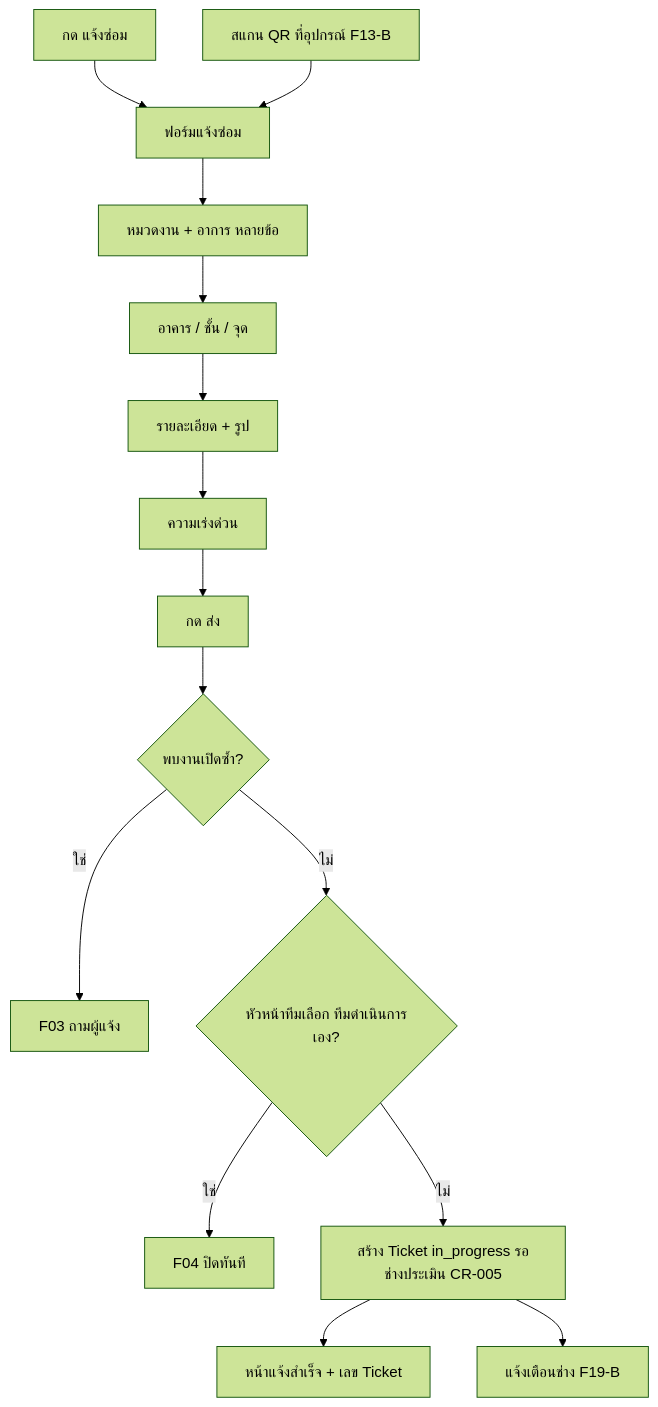
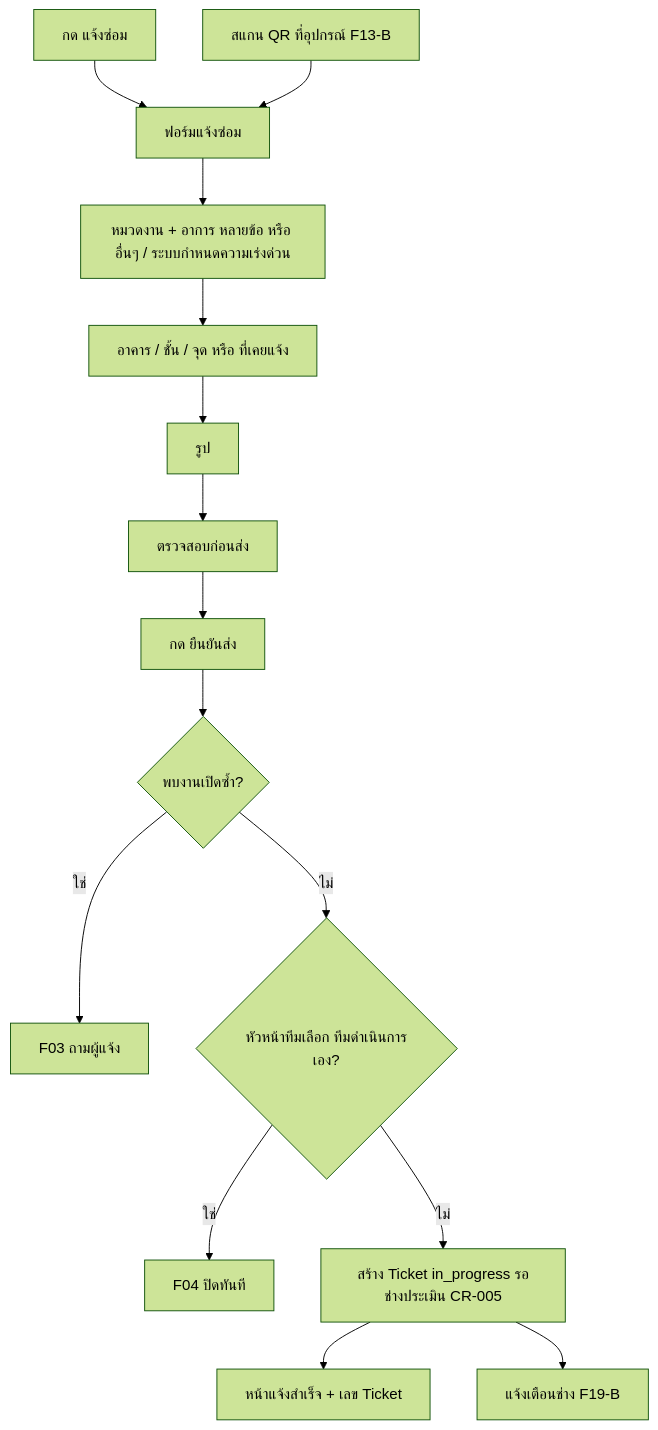
The fourth of 13 diagrams in docs/modules/repair/02-flows.md (pithawat/BAMBAM), drawn with Mermaid (forest theme) before and after one commit. The commit also changed other lines of this file and 163 other files, not shown here.

````diff
--- a/docs/modules/repair/02-flows.md
+++ b/docs/modules/repair/02-flows.md
@@ -123,12 +123,12 @@
 ```mermaid
 flowchart TD
   A1[กด แจ้งซ่อม] --> F[ฟอร์มแจ้งซ่อม]
   A2[สแกน QR ที่อุปกรณ์ F13-B] --> F
-  F --> S1[หมวดงาน + อาการ หลายข้อ] --> S2[อาคาร / ชั้น / จุด] --> S3[รายละเอียด + รูป] --> S4[ความเร่งด่วน] --> SUB[กด ส่ง]
+  F --> S1[หมวดงาน + อาการ หลายข้อ หรือ อื่นๆ / ระบบกำหนดความเร่งด่วน] --> S2[อาคาร / ชั้น / จุด หรือ ที่เคยแจ้ง] --> S3[รูป] --> S4[ตรวจสอบก่อนส่ง] --> SUB[กด ยืนยันส่ง]
   SUB --> D1{พบงานเปิดซ้ำ?}
   D1 -- ใช่ --> F03[F03 ถามผู้แจ้ง]
   D1 -- ไม่ --> D2{หัวหน้าทีมเลือก ทีมดำเนินการเอง?}
   D2 -- ใช่ --> F04[F04 ปิดทันที]
   D2 -- ไม่ --> T[สร้าง Ticket in_progress รอช่างประเมิน CR-005] --> OK[หน้าแจ้งสำเร็จ + เลข Ticket]
   T --> N[แจ้งเตือนช่าง F19-B]
 ```
````
